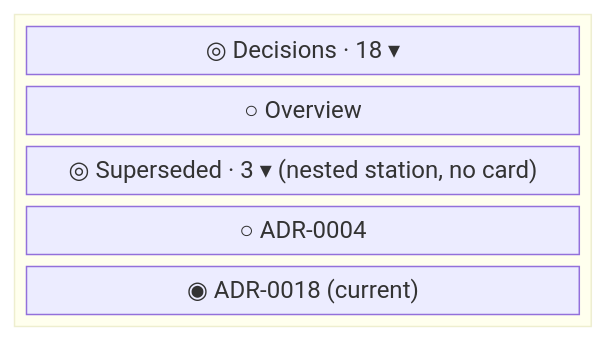
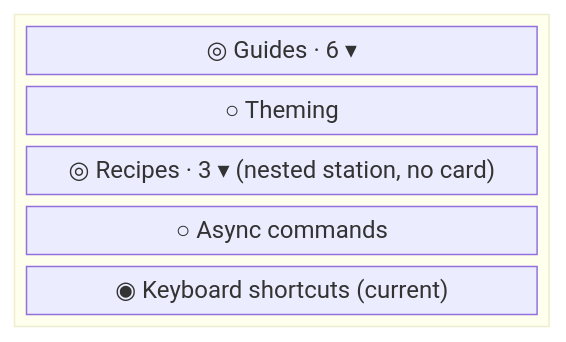
Before and after one commit to nepal-dev-com/docs.nepal-dev.com: the third of 7 diagrams in content/docs/maintain/app-flow/docs-sidebars.mdx, drawn with Mermaid. The commit also changed other lines of this file and 17 other files, not shown here.

````diff
--- a/content/docs/maintain/app-flow/docs-sidebars.mdx
+++ b/content/docs/maintain/app-flow/docs-sidebars.mdx
@@ -85,12 +86,12 @@
 ```mermaid
 block-beta
   columns 4
   block:nest:4
     columns 4
-    h["◎ Decisions · 18 ▾"]:4
-    a1[" ○ Overview"]:4
-    sub["   ◎ Superseded · 3 ▾ (nested station, no card)"]:4
-    a2["     ○ ADR-0004"]:4
-    a3[" ◉ ADR-0018 (current)"]:4
+    h["◎ Guides · 6 ▾"]:4
+    a1[" ○ Theming"]:4
+    sub["   ◎ Recipes · 3 ▾ (nested station, no card)"]:4
+    a2["     ○ Async commands"]:4
+    a3[" ◉ Keyboard shortcuts (current)"]:4
   end
 ```
````
